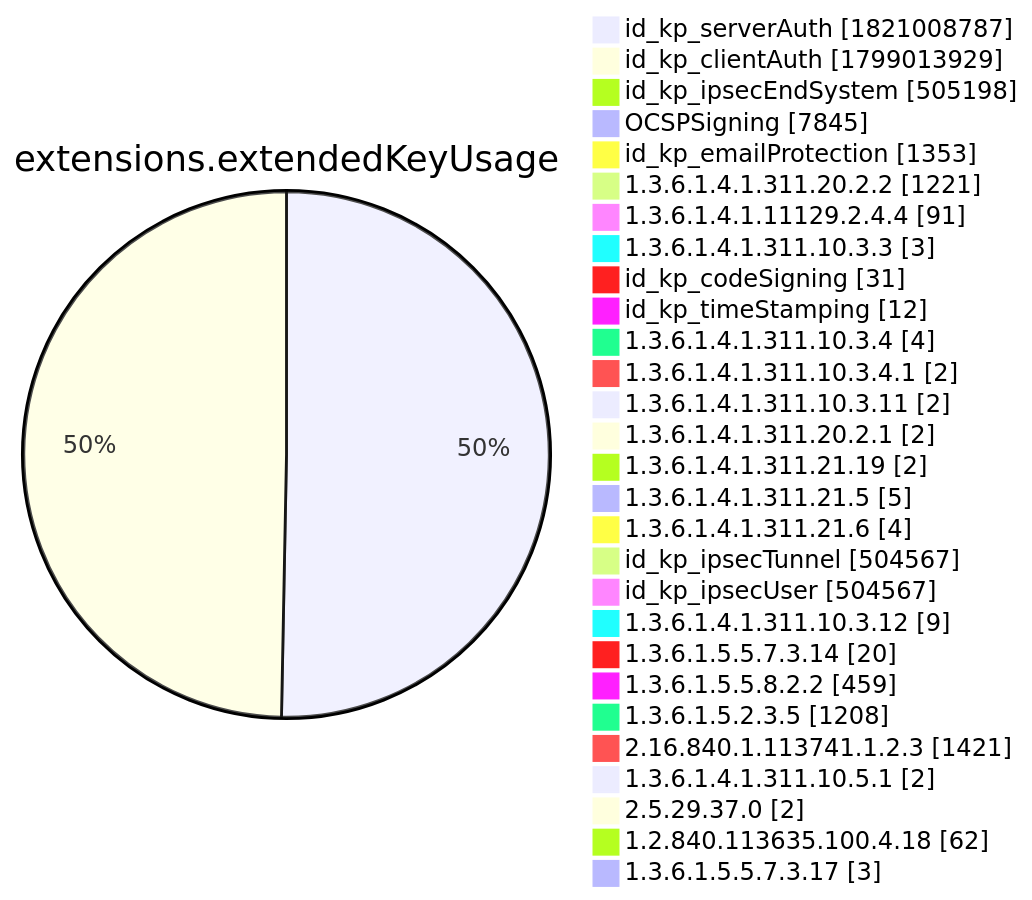
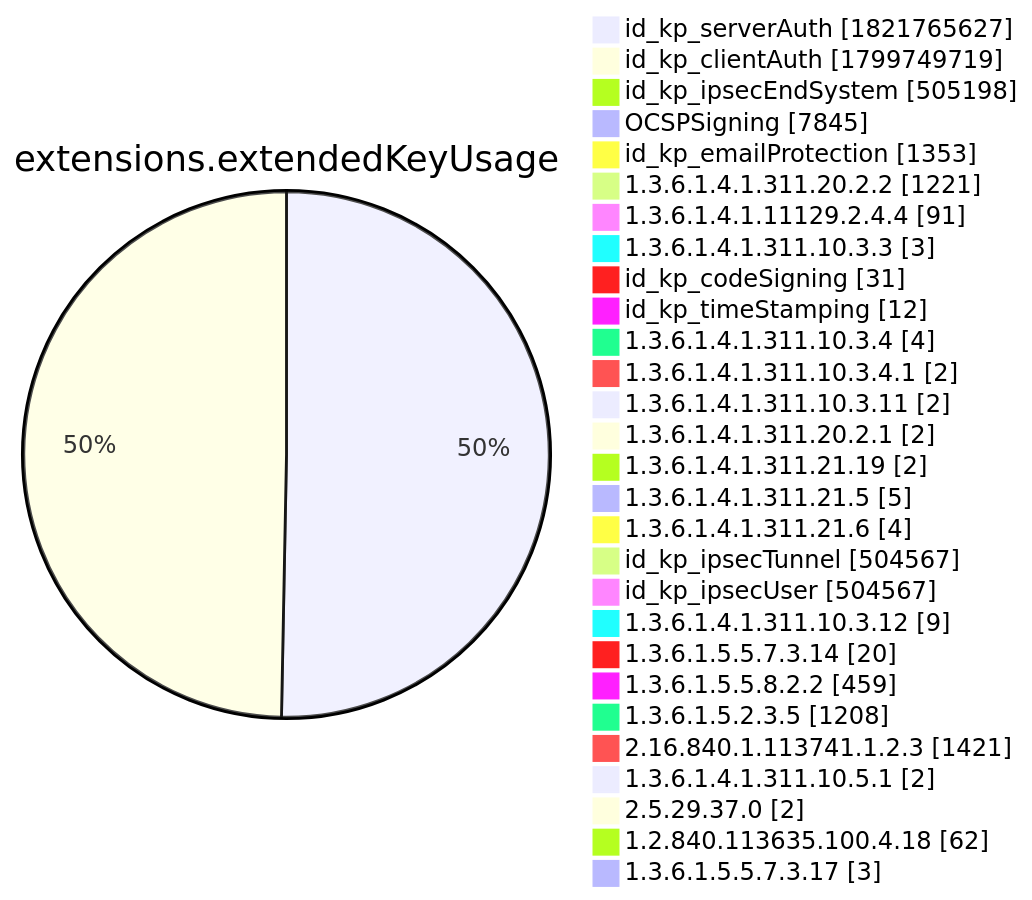
Diagram 12 of 15 in xenon2022/README.md (christiankrug/ctmonitor_visualization), drawn with Mermaid before and after one commit. The commit also changed other lines of this file, not shown here.

````diff
--- a/xenon2022/README.md
+++ b/xenon2022/README.md
@@ -3895,32 +3895,32 @@
 ```mermaid
 pie showData
 title extensions.extendedKeyUsage
-"id_kp_serverAuth" :1821008787
-"id_kp_clientAuth" :1799013929
+"id_kp_serverAuth" :1821765627
+"id_kp_clientAuth" :1799749719
 "id_kp_ipsecEndSystem" :505198
 "OCSPSigning" :7845
 "id_kp_emailProtection" :1353
 "1.3.6.1.4.1.311.20.2.2" :1221
 "1.3.6.1.4.1.11129.2.4.4" :91
 "1.3.6.1.4.1.311.10.3.3" :3
 "id_kp_codeSigning" :31
 "id_kp_timeStamping" :12
 "1.3.6.1.4.1.311.10.3.4" :4
 "1.3.6.1.4.1.311.10.3.4.1" :2
 "1.3.6.1.4.1.311.10.3.11" :2
 "1.3.6.1.4.1.311.20.2.1" :2
 "1.3.6.1.4.1.311.21.19" :2
 "1.3.6.1.4.1.311.21.5" :5
 "1.3.6.1.4.1.311.21.6" :4
 "id_kp_ipsecTunnel" :504567
 "id_kp_ipsecUser" :504567
 "1.3.6.1.4.1.311.10.3.12" :9
 "1.3.6.1.5.5.7.3.14" :20
 "1.3.6.1.5.5.8.2.2" :459
 "1.3.6.1.5.2.3.5" :1208
 "2.16.840.1.113741.1.2.3" :1421
 "1.3.6.1.4.1.311.10.5.1" :2
 "2.5.29.37.0" :2
 "1.2.840.113635.100.4.18" :62
 "1.3.6.1.5.5.7.3.17" :3
 ```
````
